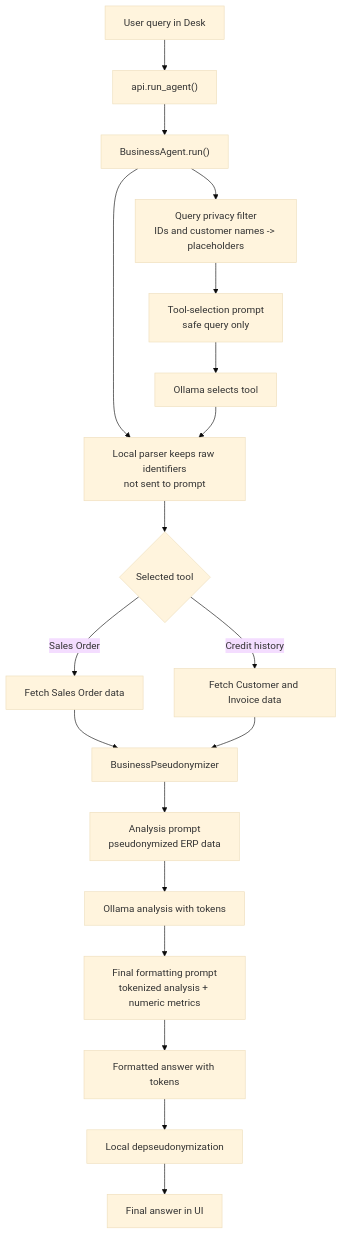
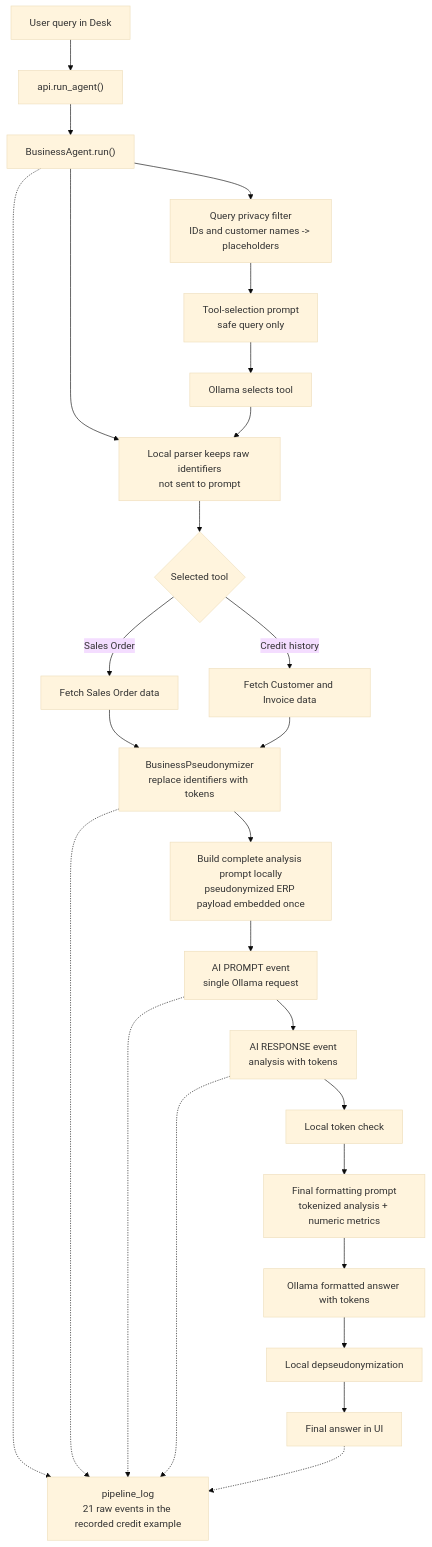
One commit to siasty/Ai-agent-demo- changed the diagram in README.md. Above: the diagram before and after it, drawn with Mermaid (base theme). The commit also changed other lines of this file and 8 other files, not shown here.

````diff
--- a/README.md
+++ b/README.md
@@ -79,26 +87,34 @@
 ```mermaid
 flowchart TD
     User["User query in Desk"] --> API["api.run_agent()"]
     API --> Agent["BusinessAgent.run()"]
 
     Agent --> Filter["Query privacy filter<br/>IDs and customer names -> placeholders"]
     Filter --> ToolPrompt["Tool-selection prompt<br/>safe query only"]
     ToolPrompt --> Select["Ollama selects tool"]
 
     Agent --> Parser["Local parser keeps raw identifiers<br/>not sent to prompt"]
     Select --> Parser
     Parser --> Tool{"Selected tool"}
 
     Tool -->|Sales Order| FetchSO["Fetch Sales Order data"]
     Tool -->|Credit history| FetchCredit["Fetch Customer and Invoice data"]
 
-    FetchSO --> Pseudo["BusinessPseudonymizer"]
+    FetchSO --> Pseudo["BusinessPseudonymizer<br/>replace identifiers with tokens"]
     FetchCredit --> Pseudo
-    Pseudo --> AnalysisPrompt["Analysis prompt<br/>pseudonymized ERP data"]
-    AnalysisPrompt --> Analysis["Ollama analysis with tokens"]
+    Pseudo --> BuildPrompt["Build complete analysis prompt locally<br/>pseudonymized ERP payload embedded once"]
+    BuildPrompt --> AnalysisPrompt["AI PROMPT event<br/>single Ollama request"]
+    AnalysisPrompt --> Analysis["AI RESPONSE event<br/>analysis with tokens"]
 
-    Analysis --> FinalPrompt["Final formatting prompt<br/>tokenized analysis + numeric metrics"]
-    FinalPrompt --> SafeAnswer["Formatted answer with tokens"]
+    Analysis --> TokenCheck["Local token check"]
+    TokenCheck --> FinalPrompt["Final formatting prompt<br/>tokenized analysis + numeric metrics"]
+    FinalPrompt --> SafeAnswer["Ollama formatted answer with tokens"]
     SafeAnswer --> Restore["Local depseudonymization"]
     Restore --> UI["Final answer in UI"]
+
+    Agent -.-> Log["pipeline_log<br/>21 raw events in the recorded credit example"]
+    Pseudo -.-> Log
+    AnalysisPrompt -.-> Log
+    Analysis -.-> Log
+    UI -.-> Log
 ```
````
